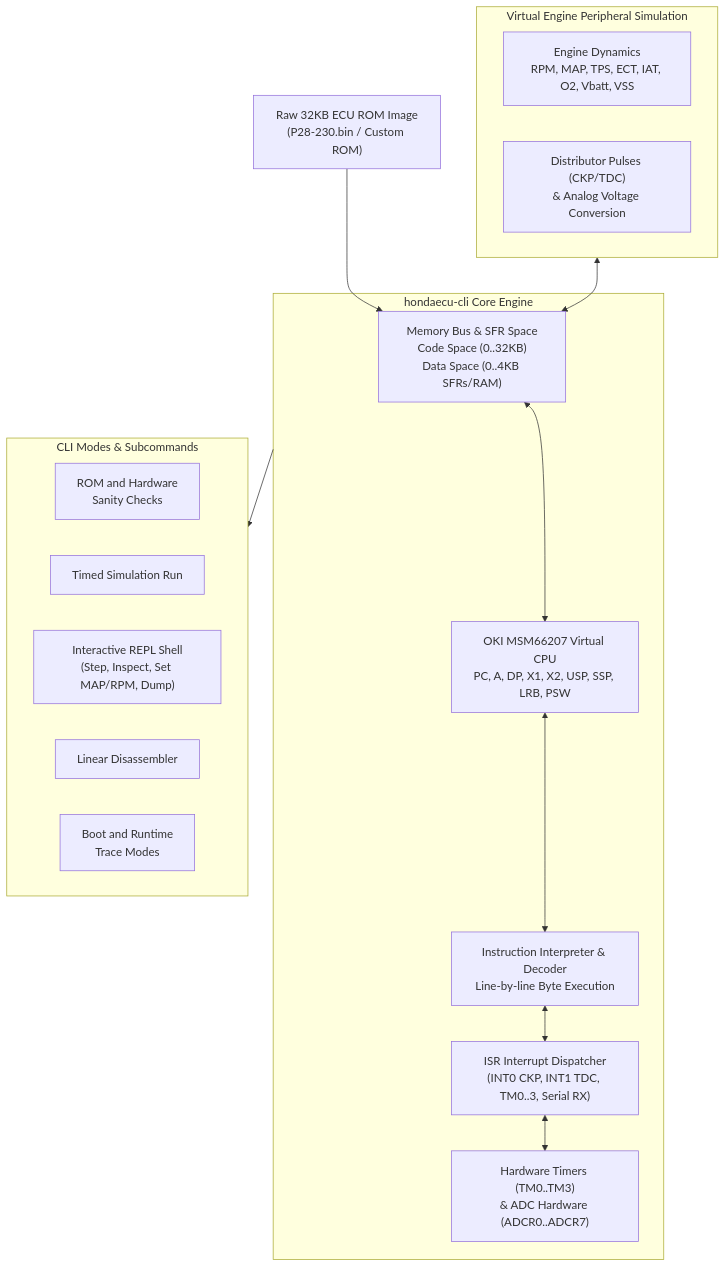
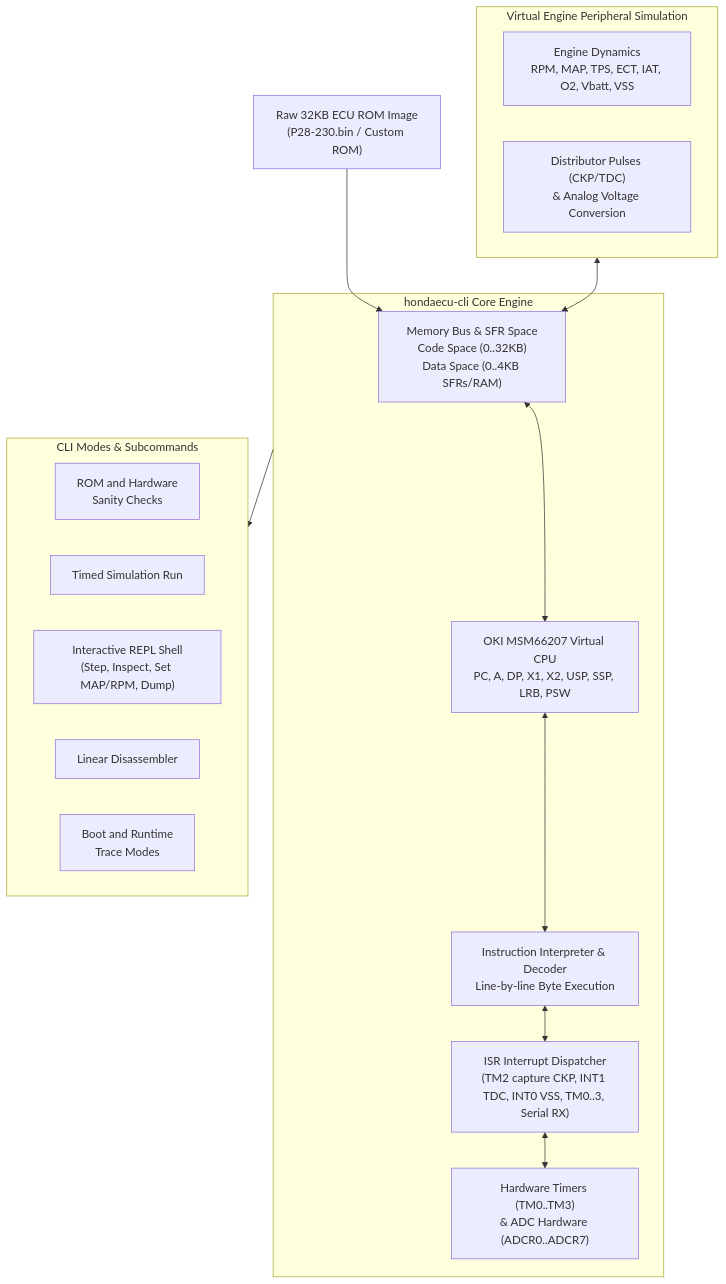
The diagram in README.md (VIRUXE/hondaecu-cli), drawn with Mermaid before and after one commit. The commit also changed other lines of this file and 9 other files, not shown here.

````diff
--- a/README.md
+++ b/README.md
@@ -22,32 +23,32 @@
 ```mermaid
 flowchart TD
     ROM["Raw 32KB ECU ROM Image<br/>(P28-230.bin / Custom ROM)"] --> Bus
     
     subgraph Core ["hondaecu-cli Core Engine"]
         CPU["OKI MSM66207 Virtual CPU<br/>PC, A, DP, X1, X2, USP, SSP, LRB, PSW"]
         Interp["Instruction Interpreter & Decoder<br/>Line-by-line Byte Execution"]
         Bus["Memory Bus & SFR Space<br/>Code Space (0..32KB)<br/>Data Space (0..4KB SFRs/RAM)"]
         Timers["Hardware Timers (TM0..TM3)<br/>& ADC Hardware (ADCR0..ADCR7)"]
-        ISRs["ISR Interrupt Dispatcher<br/>(INT0 CKP, INT1 TDC, TM0..3, Serial RX)"]
+        ISRs["ISR Interrupt Dispatcher<br/>(TM2 capture CKP, INT1 TDC, INT0 VSS, TM0..3, Serial RX)"]
     end
     
     subgraph EngineSim ["Virtual Engine Peripheral Simulation"]
         Engine["Engine Dynamics<br/>RPM, MAP, TPS, ECT, IAT, O2, Vbatt, VSS"]
         Signals["Distributor Pulses (CKP/TDC)<br/>& Analog Voltage Conversion"]
     end
     
     subgraph Modes ["CLI Modes & Subcommands"]
         Test["ROM and Hardware<br/>Sanity Checks"]
         Run["Timed Simulation Run"]
         REPL["Interactive REPL Shell<br/>(Step, Inspect, Set MAP/RPM, Dump)"]
         Disasm["Linear Disassembler"]
         Trace["Boot and Runtime<br/>Trace Modes"]
     end
 
     Bus <--> CPU
     CPU <--> Interp
     EngineSim <--> Bus
     Interp <--> ISRs
     ISRs <--> Timers
     Core --> Modes
 ```
````
